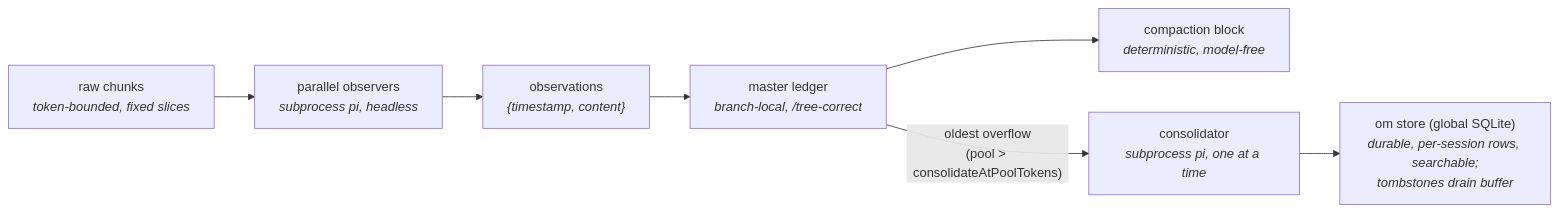
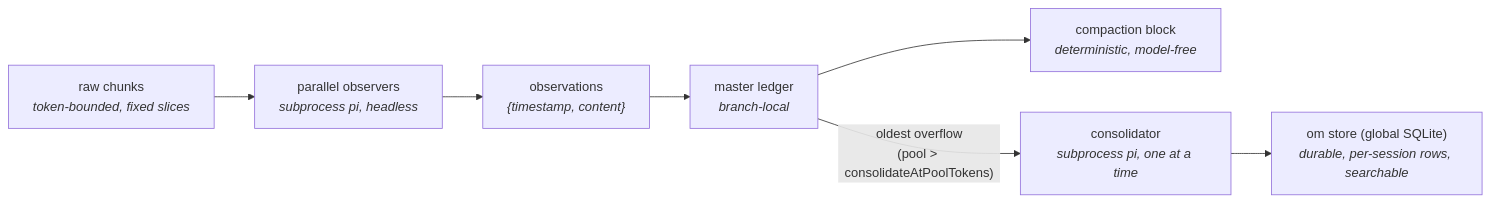
The diagram in README.md (VykintasD/pi-observational-memory), drawn with Mermaid before and after one commit. The commit also changed other lines of this file and 4 other files, not shown here.

````diff
--- a/README.md
+++ b/README.md
@@ -20,13 +28,13 @@
 ```mermaid
 flowchart LR
     A["raw chunks<br/><i>token-bounded, fixed slices</i>"]
     B["parallel observers<br/><i>subprocess pi, headless</i>"]
     C["observations<br/><i>{timestamp, content}</i>"]
-    D["master ledger<br/><i>branch-local, /tree-correct</i>"]
+    D["master ledger<br/><i>branch-local</i>"]
     E["compaction block<br/><i>deterministic, model-free</i>"]
     F["consolidator<br/><i>subprocess pi, one at a time</i>"]
-    G["om store (global SQLite)<br/><i>durable, per-session rows, searchable;<br/>tombstones drain buffer</i>"]
+    G["om store (global SQLite)<br/><i>durable, per-session rows, searchable</i>"]
 
     A --> B --> C --> D --> E
     D -- "oldest overflow<br/>(pool > consolidateAtPoolTokens)" --> F --> G
 ```
````
